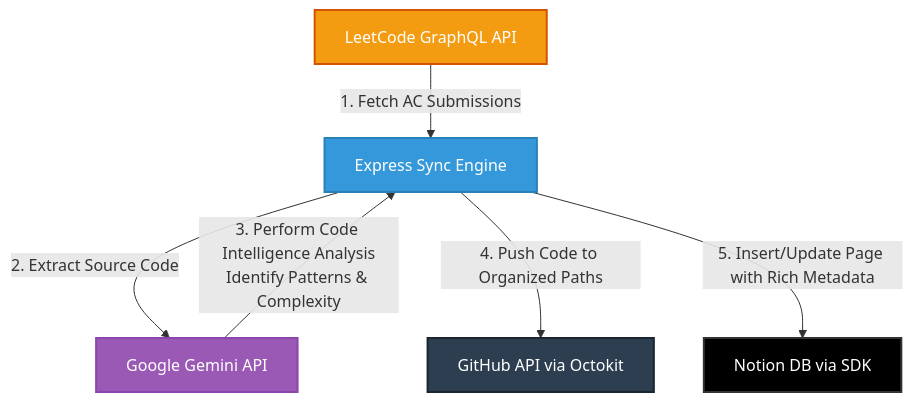
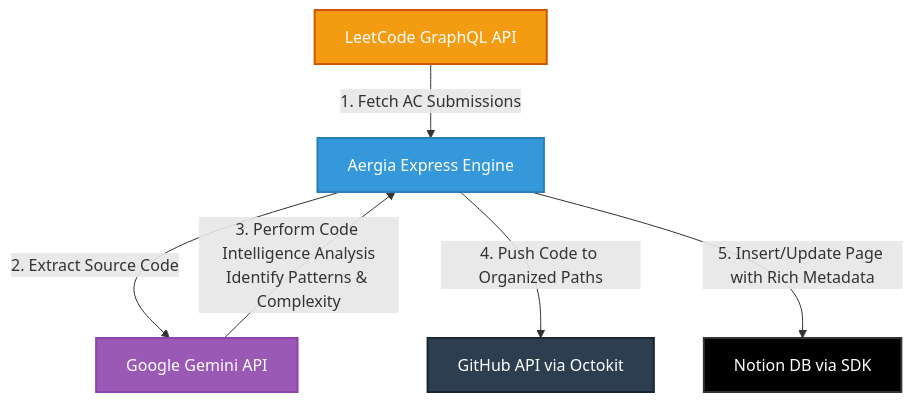
Before and after one commit to IshanG2111/leetcode-auto-sync: the diagram in README.md, drawn with Mermaid. The commit also changed other lines of this file and 10 other files, not shown here.

````diff
--- a/README.md
+++ b/README.md
@@ -29,14 +31,14 @@
 ```mermaid
 graph TD
-    A[LeetCode GraphQL API] -->|1. Fetch AC Submissions| B[Express Sync Engine]
+    A[LeetCode GraphQL API] -->|1. Fetch AC Submissions| B[Aergia Express Engine]
     B -->|2. Extract Source Code| C[Google Gemini API]
     C -->|3. Perform Code Intelligence Analysis<br>Identify Patterns & Complexity| B
     B -->|4. Push Code to Organized Paths| D[GitHub API via Octokit]
     B -->|5. Insert/Update Page with Rich Metadata| E[Notion DB via SDK]
 
     style A fill:#f39c12,stroke:#d35400,stroke-width:2px,color:#fff
     style B fill:#3498db,stroke:#2980b9,stroke-width:2px,color:#fff
     style C fill:#9b59b6,stroke:#8e44ad,stroke-width:2px,color:#fff
     style D fill:#2c3e50,stroke:#1a252f,stroke-width:2px,color:#fff
     style E fill:#000,stroke:#333,stroke-width:2px,color:#fff
 ```
````
